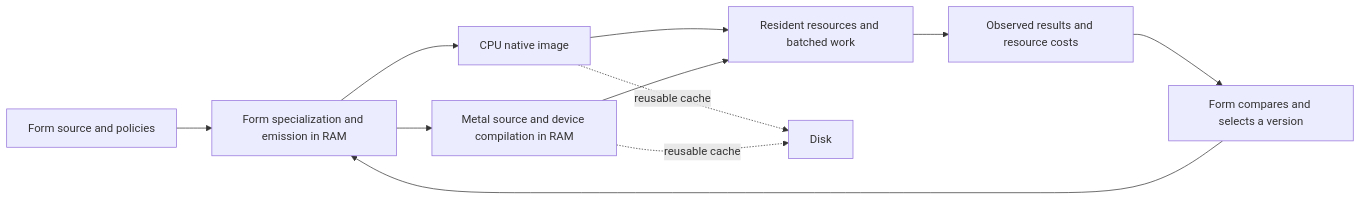
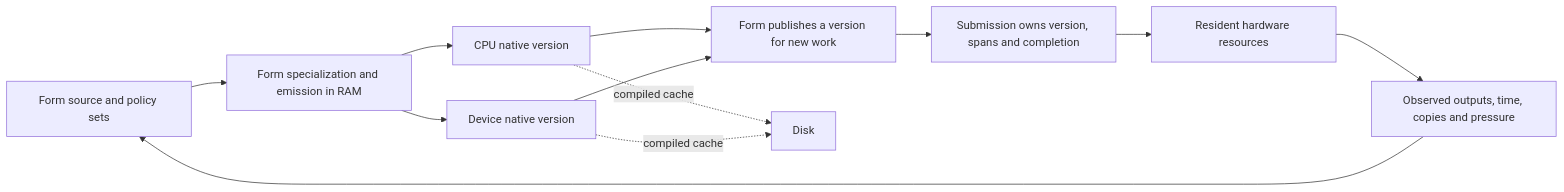
One commit to seeker71/coherence-kernel changed the diagram in docs/fkwu-form-native-north-star.md. Above: the diagram before and after it, drawn with Mermaid. The commit also changed other lines of this file and 41 other files, not shown here.

````diff
--- a/docs/fkwu-form-native-north-star.md
+++ b/docs/fkwu-form-native-north-star.md
@@ -13,13 +9,14 @@
 ```mermaid
 flowchart LR
-  F[Form source and policies] --> J[Form specialization and emission in RAM]
-  J --> C[CPU native image]
-  J --> M[Metal source and device compilation in RAM]
-  C --> R[Resident resources and batched work]
-  M --> R
-  C -. reusable cache .-> D[Disk]
-  M -. reusable cache .-> D
-  R --> E[Observed results and resource costs]
-  E --> S[Form compares and selects a version]
-  S --> J
+  F[Form source and policy sets] --> J[Form specialization and emission in RAM]
+  J --> C[CPU native version]
+  J --> M[Device native version]
+  C --> P[Form publishes a version for new work]
+  M --> P
+  P --> L[Submission owns version, spans and completion]
+  L --> R[Resident hardware resources]
+  R --> E[Observed outputs, time, copies and pressure]
+  E --> F
+  C -. compiled cache .-> D[Disk]
+  M -. compiled cache .-> D
 ```
````
